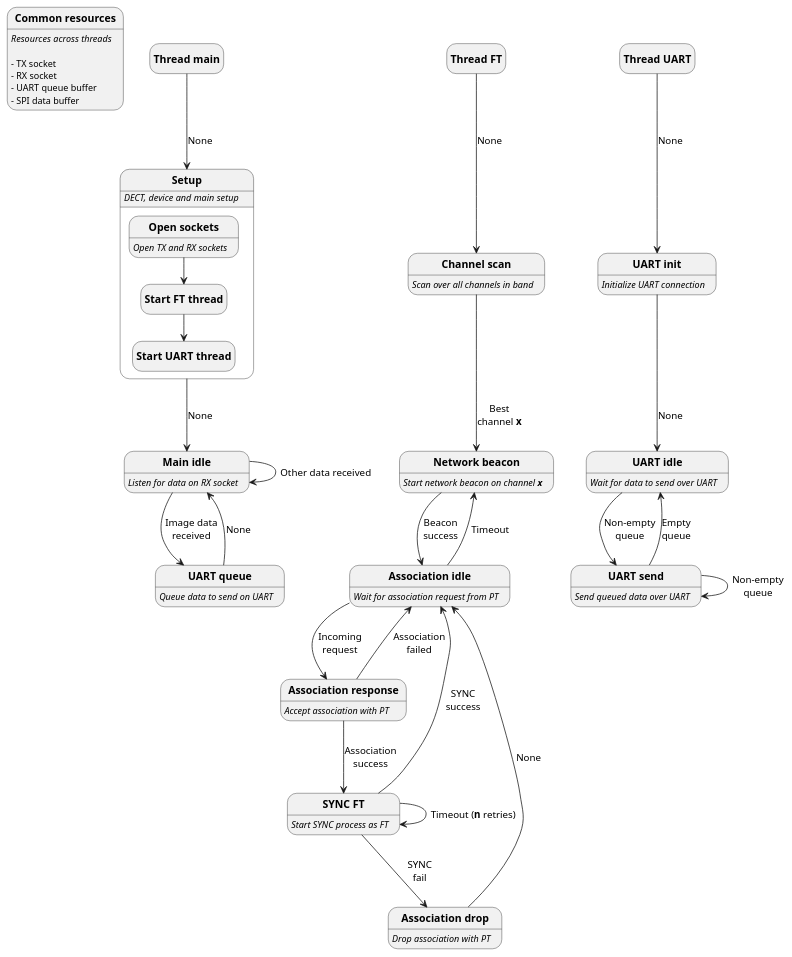
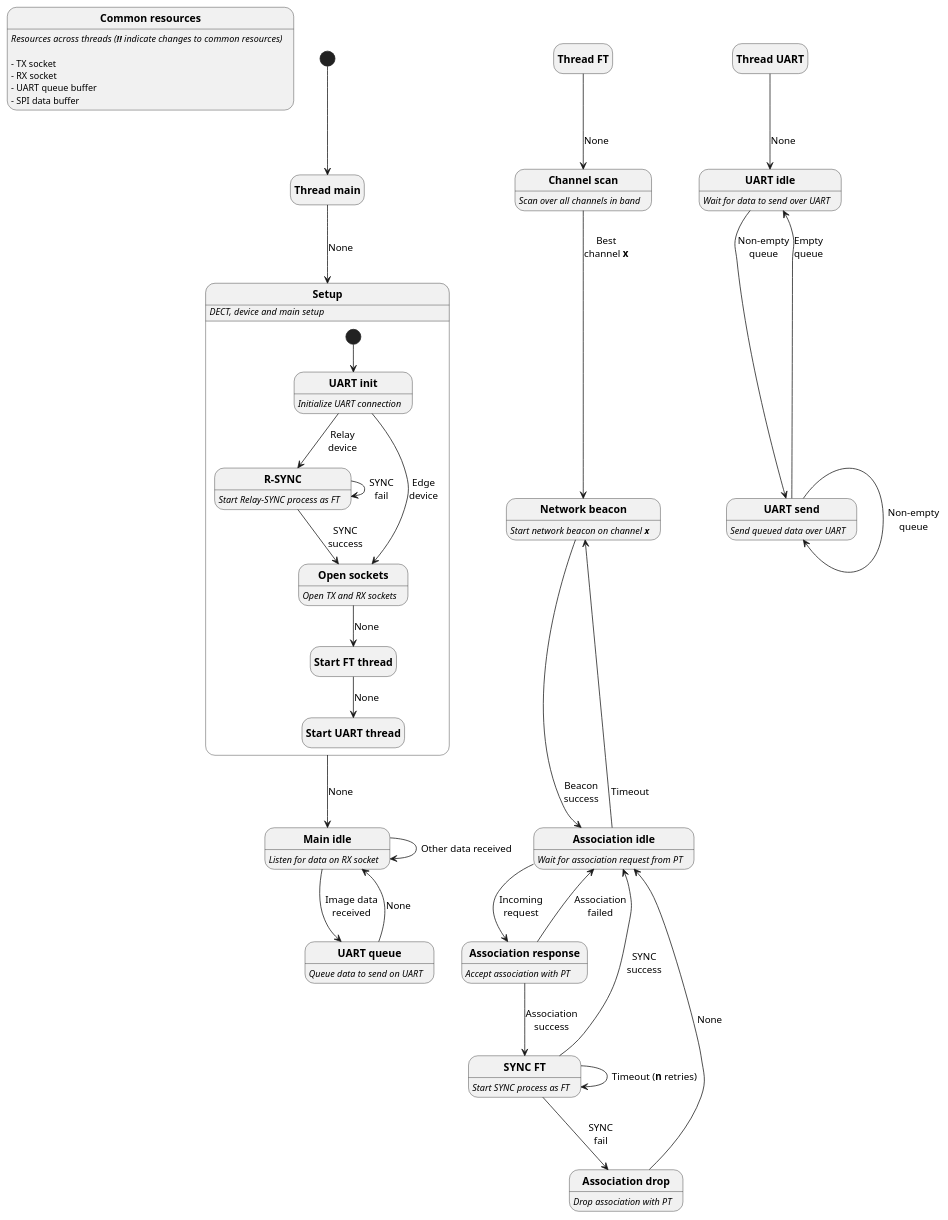
Before and after one commit to Aadlei/dect-nr-plus: the diagram in diagrams/FT_threads_flow.puml, drawn with PlantUML.

Commit message:
Changed diagrams about UART in setup

```diff
--- a/diagrams/FT_threads_flow.puml
+++ b/diagrams/FT_threads_flow.puml
@@ -1,66 +1,72 @@
 @startuml
 hide empty description
 
 'state "<b>TEMP</b>" as TEMP: <i>TEMP</i>'
-state Common: <i>Resources across threads</i>
+state Common: <i>Resources across threads (<b>!!</b> indicate changes to common resources)</i>
 state Common: \n- TX socket
 state Common: - RX socket
 state Common: - UART queue buffer
 state Common: - SPI data buffer
 state "<b>Common resources</b>" as Common
 
 'Main thread'
 state "<b>Thread main</b>" as Main
 state "<b>Setup</b>" as Main_Setup: <i>DECT, device and main setup</i>
 state Main_Setup {
+  state "<b>UART init</b>" as Main_UART_Init: <i>Initialize UART connection</i>
+  state "<b>R-SYNC</b>" as Main_RSYNC: <i>Start Relay-SYNC process as FT</i>
   state "<b>Open sockets</b>" as Main_Sockets: <i>Open TX and RX sockets</i>
   state "<b>Start FT thread</b>" as Main_Thread_FT
   state "<b>Start UART thread</b>" as Main_Thread_UART
 
-  Main_Sockets --> Main_Thread_FT
-  Main_Thread_FT --> Main_Thread_UART
+  [*]--> Main_UART_Init
+  Main_UART_Init --> Main_RSYNC: Relay\ndevice
+  Main_UART_Init --> Main_Sockets: Edge\ndevice
+  Main_RSYNC --> Main_RSYNC: SYNC\nfail
+  Main_RSYNC --> Main_Sockets: SYNC\nsuccess
+  Main_Sockets --> Main_Thread_FT: None
+  Main_Thread_FT --> Main_Thread_UART: None
 }
 
 state "<b>Main idle</b>" as Main_Idle: <i>Listen for data on RX socket</i>
 state "<b>UART queue</b>" as Main_UART_Send: <i>Queue data to send on UART</i>
 
+[*] --> Main
 Main --> Main_Setup: None
 Main_Setup --> Main_Idle: None
 Main_Idle --> Main_Idle: Other data received
 Main_Idle --> Main_UART_Send: Image data\nreceived
 Main_UART_Send --> Main_Idle: None
 
 'FT thread'
 state "<b>Thread FT</b>" as FT
 state "<b>Channel scan</b>" as FT_Scan: <i>Scan over all channels in band</i>
 state "<b>Network beacon</b>" as FT_Beacon: <i>Start network beacon on channel <b>x</b>
 state "<b>Association idle" as FT_Assoc_Idle: <i>Wait for association request from PT</i>
 state "<b>Association response</b>" as FT_Assoc_Resp: <i>Accept association with PT</i>
 state "<b>Association drop</b>" as FT_Assoc_Drop: <i>Drop association with PT</i>
 state "<b>SYNC FT" as FT_SYNC: <i>Start SYNC process as FT</i>
 
 FT --> FT_Scan: None
 FT_Scan --> FT_Beacon: Best\nchannel <b>x</b>
 FT_Beacon --> FT_Assoc_Idle: Beacon\nsuccess
 FT_Assoc_Idle --> FT_Beacon: Timeout
 FT_Assoc_Idle --> FT_Assoc_Resp: Incoming\nrequest
 FT_Assoc_Resp --> FT_Assoc_Idle: Association\nfailed
 FT_Assoc_Resp --> FT_SYNC: Association\nsuccess
 FT_SYNC --> FT_Assoc_Idle: SYNC\nsuccess
 FT_SYNC --> FT_SYNC: Timeout (<b>n</b> retries)
 FT_SYNC --> FT_Assoc_Drop: SYNC\nfail
 FT_Assoc_Drop --> FT_Assoc_Idle: None
 
 'UART thread'
 state "<b>Thread UART" as UART
-state "<b>UART init</b>" as UART_Init: <i>Initialize UART connection</i>
 state "<b>UART idle</b>" as UART_Idle: <i>Wait for data to send over UART</i>
 state "<b>UART send</b>" as UART_Send: <i>Send queued data over UART</i>
 
-UART --> UART_Init: None
-UART_Init --> UART_Idle: None
+UART --> UART_Idle: None
 UART_Idle --> UART_Send: Non-empty\nqueue
 UART_Send --> UART_Send: Non-empty\nqueue
 UART_Send --> UART_Idle: Empty\nqueue
 
 @enduml
```
